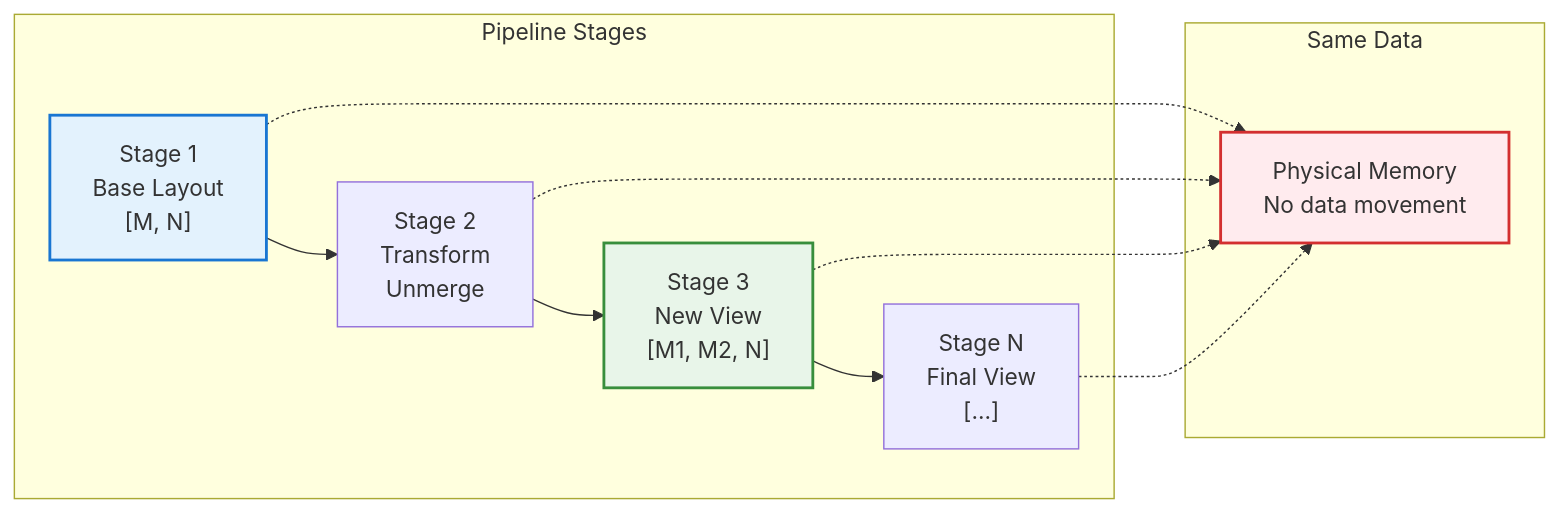
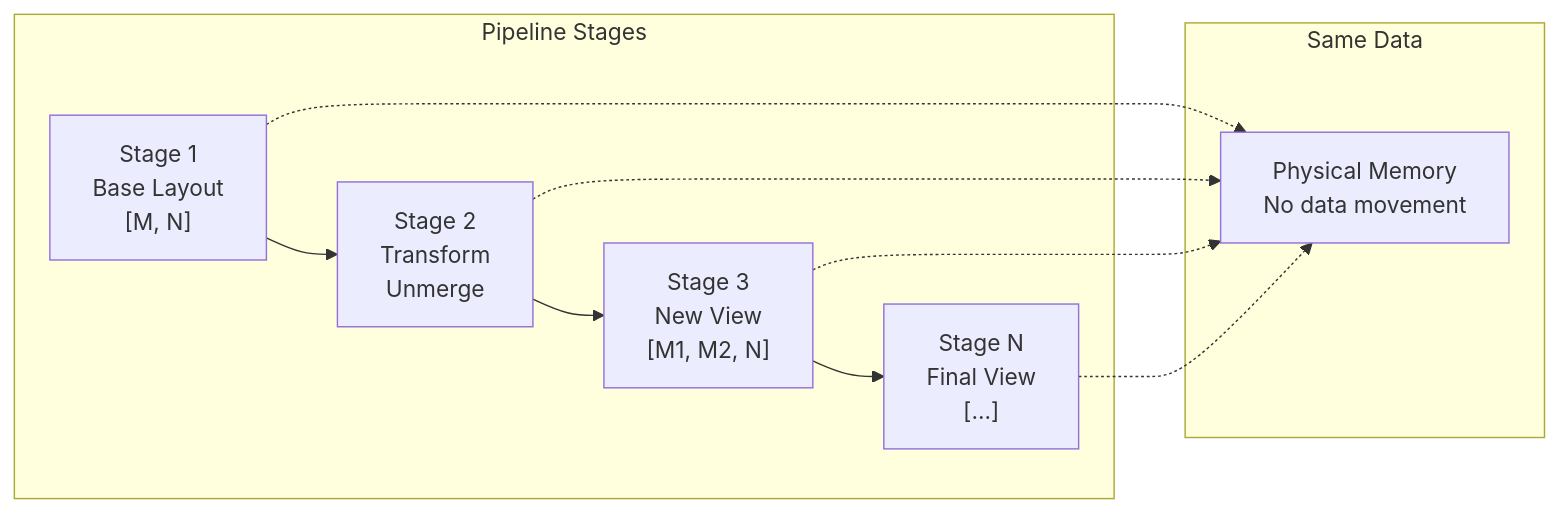
One commit to hdt98/rocm-libraries changed the first of 2 diagrams in projects/composablekernel/docs/conceptual/ck_tile/descriptors.rst. Above: the diagram before and after it, drawn with Mermaid. The commit also changed other lines of this file and 21 other files, not shown here.

First line of the commit message:
[ck] Updated CK Tile documentation to use mermaid diagrams (#7955)

```diff
--- a/projects/composablekernel/docs/conceptual/ck_tile/descriptors.rst
+++ b/projects/composablekernel/docs/conceptual/ck_tile/descriptors.rst
@@ -102,26 +99,22 @@
-      .. mermaid::
-      
-         graph LR
-             subgraph "Pipeline Stages"
-                 S1["Stage 1<br/>Base Layout<br/>[M, N]"] 
-                 S2["Stage 2<br/>Transform<br/>Unmerge"]
-                 S3["Stage 3<br/>New View<br/>[M1, M2, N]"]
-                 S4["Stage N<br/>Final View<br/>[...]"]
-             end
-             
-             subgraph "Same Data"
-                 D["Physical Memory<br/>No data movement"]
-             end
-             
-             S1 --> S2
-             S2 --> S3
-             S3 --> S4
-             
-             S1 -.-> D
-             S2 -.-> D
-             S3 -.-> D
-             S4 -.-> D
-             
-             style D fill:#ffebee,stroke:#d32f2f,stroke-width:2px
-             style S1 fill:#e3f2fd,stroke:#1976d2,stroke-width:2px
-             style S3 fill:#e8f5e9,stroke:#388e3c,stroke-width:2px
+.. mermaid::
+
+   graph LR
+       subgraph "Pipeline Stages"
+           S1["Stage 1<br/>Base Layout<br/>[M, N]"]
+           S2["Stage 2<br/>Transform<br/>Unmerge"]
+           S3["Stage 3<br/>New View<br/>[M1, M2, N]"]
+           S4["Stage N<br/>Final View<br/>[...]"]
+       end
+
+       subgraph "Same Data"
+           D["Physical Memory<br/>No data movement"]
+       end
+
+       S1 --> S2
+       S2 --> S3
+       S3 --> S4
+
+       S1 -.-> D
+       S2 -.-> D
+       S3 -.-> D
+       S4 -.-> D
```
